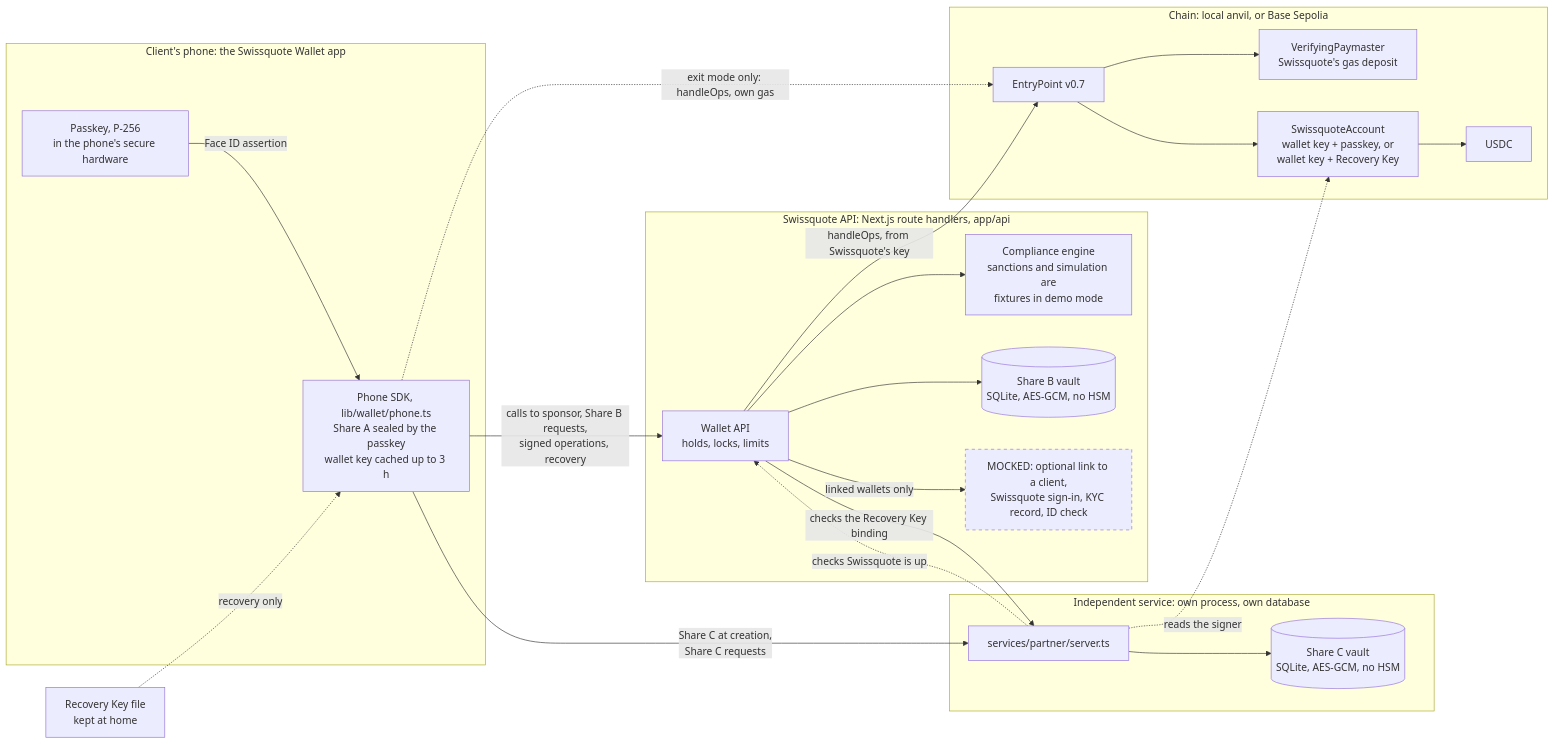
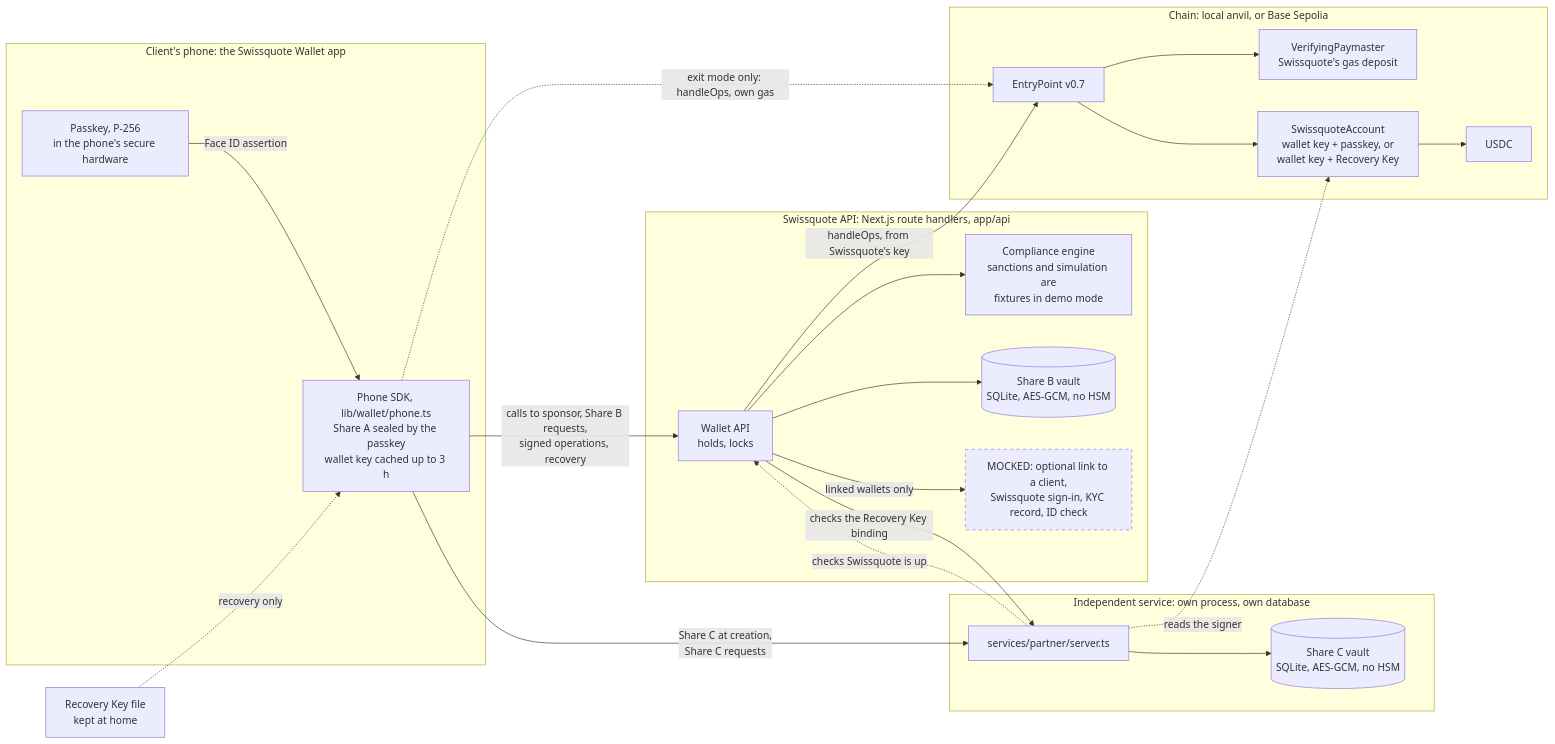
One commit to elazdi-al/bsa-the-hackathon changed the diagram in README.md. Above: the diagram before and after it, drawn with Mermaid. The commit also changed other lines of this file and 18 other files, not shown here.

````diff
--- a/README.md
+++ b/README.md
@@ -94,46 +94,46 @@
 ```mermaid
 flowchart LR
   subgraph phone["Client's phone: the Swissquote Wallet app"]
     sdk["Phone SDK, lib/wallet/phone.ts<br/>Share A sealed by the passkey<br/>wallet key cached up to 3 h"]
     pk["Passkey, P-256<br/>in the phone's secure hardware"]
   end
   rk["Recovery Key file<br/>kept at home"]
 
   subgraph sq["Swissquote API: Next.js route handlers, app/api"]
-    api["Wallet API<br/>holds, locks, limits"]
+    api["Wallet API<br/>holds, locks"]
     comp["Compliance engine<br/>sanctions and simulation are<br/>fixtures in demo mode"]
     vb[("Share B vault<br/>SQLite, AES-GCM, no HSM")]
     kyc["MOCKED: optional link to a client,<br/>Swissquote sign-in, KYC record, ID check"]:::mock
   end
 
   subgraph ind["Independent service: own process, own database"]
     partner["services/partner/server.ts"]
     vc[("Share C vault<br/>SQLite, AES-GCM, no HSM")]
   end
 
   subgraph chain["Chain: local anvil, or Base Sepolia"]
     ep["EntryPoint v0.7"]
     pay["VerifyingPaymaster<br/>Swissquote's gas deposit"]
     acc["SwissquoteAccount<br/>wallet key + passkey, or<br/>wallet key + Recovery Key"]
     usdc["USDC"]
   end
 
   pk -- "Face ID assertion" --> sdk
   rk -. "recovery only" .-> sdk
   sdk -- "calls to sponsor, Share B requests,<br/>signed operations, recovery" --> api
   sdk -- "Share C at creation,<br/>Share C requests" --> partner
   api --> comp
   api --> vb
   api -- "linked wallets only" --> kyc
   api -- "checks the Recovery Key binding" --> partner
   partner -. "checks Swissquote is up" .-> api
   partner --> vc
   api -- "handleOps, from Swissquote's key" --> ep
   ep --> pay
   ep --> acc
   acc --> usdc
   partner -. "reads the signer" .-> acc
   sdk -. "exit mode only: handleOps, own gas" .-> ep
 
   classDef mock stroke-dasharray: 5 5
 ```
````
